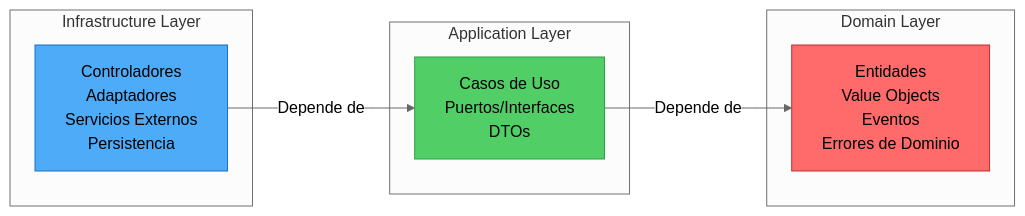
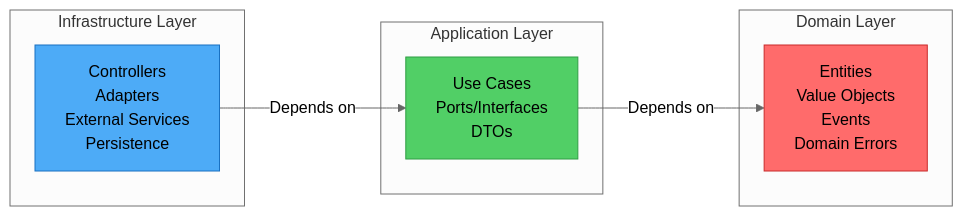
Before and after one commit to smarcilla/hexagonal-image-service: the second of 3 diagrams in README.md, drawn with Mermaid (neutral theme). The commit also changed other lines of this file, not shown here.

````diff
--- a/README.md
+++ b/README.md
@@ -111,21 +93,21 @@
 ```mermaid
 graph LR
     subgraph "Domain Layer"
-        D[Entidades<br/>Value Objects<br/>Eventos<br/>Errores de Dominio]
+        D[Entities<br/>Value Objects<br/>Events<br/>Domain Errors]
     end
 
     subgraph "Application Layer"
-        A[Casos de Uso<br/>Puertos/Interfaces<br/>DTOs]
+        A[Use Cases<br/>Ports/Interfaces<br/>DTOs]
     end
 
     subgraph "Infrastructure Layer"
-        I[Controladores<br/>Adaptadores<br/>Servicios Externos<br/>Persistencia]
+        I[Controllers<br/>Adapters<br/>External Services<br/>Persistence]
     end
 
-    I -->|Depende de| A
-    A -->|Depende de| D
+    I -->|Depends on| A
+    A -->|Depends on| D
 
     style D fill:#ff6b6b,stroke:#c92a2a
     style A fill:#51cf66,stroke:#2f9e44
     style I fill:#4dabf7,stroke:#1971c2
 ```
````
